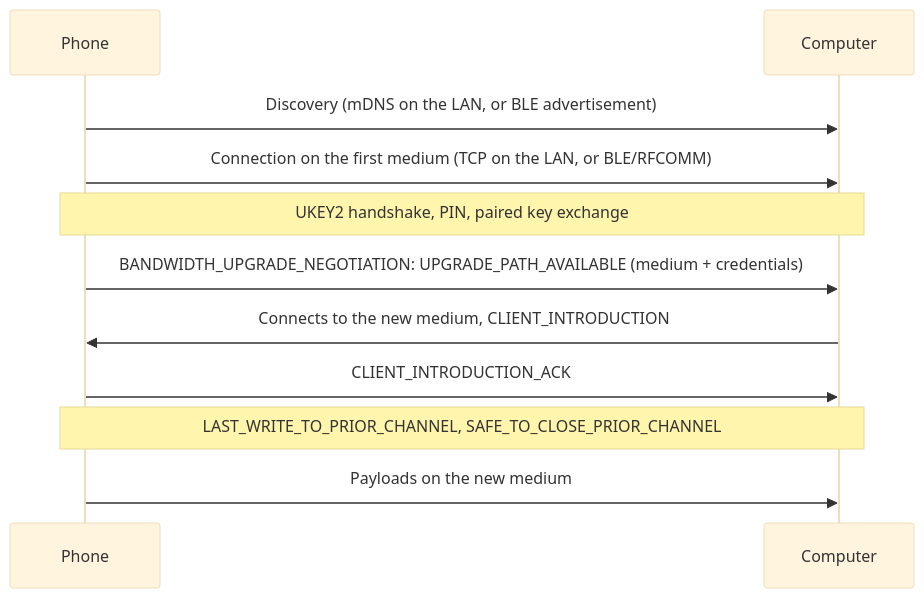
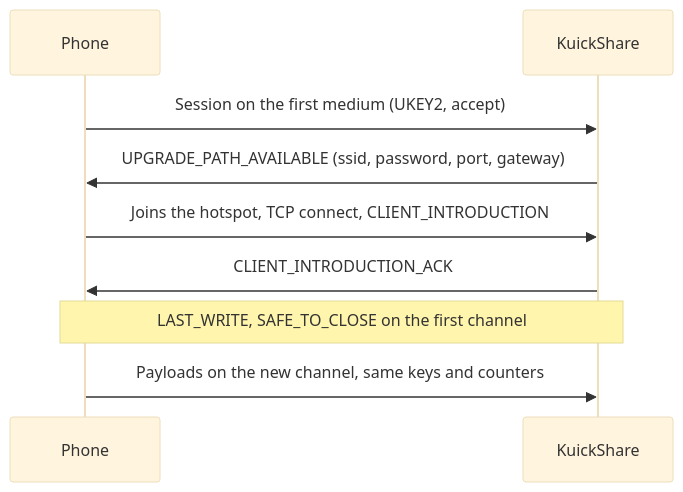
Before and after one commit to Vistaus/KuickShare: the diagram in docs/wifi-direct.md, drawn with Mermaid (base theme). The commit also changed other lines of this file and 52 other files, not shown here.

First line of the commit message:
Add experimental BLE receive and Wi-Fi hotspot upgrade

````diff
--- a/docs/wifi-direct.md
+++ b/docs/wifi-direct.md
@@ -21,13 +17,11 @@
 ```mermaid
 sequenceDiagram
     participant P as Phone
-    participant C as Computer
-    P->>C: Discovery (mDNS on the LAN, or BLE advertisement)
-    P->>C: Connection on the first medium (TCP on the LAN, or BLE/RFCOMM)
-    Note over P,C: UKEY2 handshake, PIN, paired key exchange
-    P->>C: BANDWIDTH_UPGRADE_NEGOTIATION: UPGRADE_PATH_AVAILABLE (medium + credentials)
-    C->>P: Connects to the new medium, CLIENT_INTRODUCTION
-    P->>C: CLIENT_INTRODUCTION_ACK
-    Note over P,C: LAST_WRITE_TO_PRIOR_CHANNEL, SAFE_TO_CLOSE_PRIOR_CHANNEL
-    P->>C: Payloads on the new medium
+    participant C as KuickShare
+    P->>C: Session on the first medium (UKEY2, accept)
+    C->>P: UPGRADE_PATH_AVAILABLE (ssid, password, port, gateway)
+    P->>C: Joins the hotspot, TCP connect, CLIENT_INTRODUCTION
+    C->>P: CLIENT_INTRODUCTION_ACK
+    Note over P,C: LAST_WRITE, SAFE_TO_CLOSE on the first channel
+    P->>C: Payloads on the new channel, same keys and counters
 ```
````
